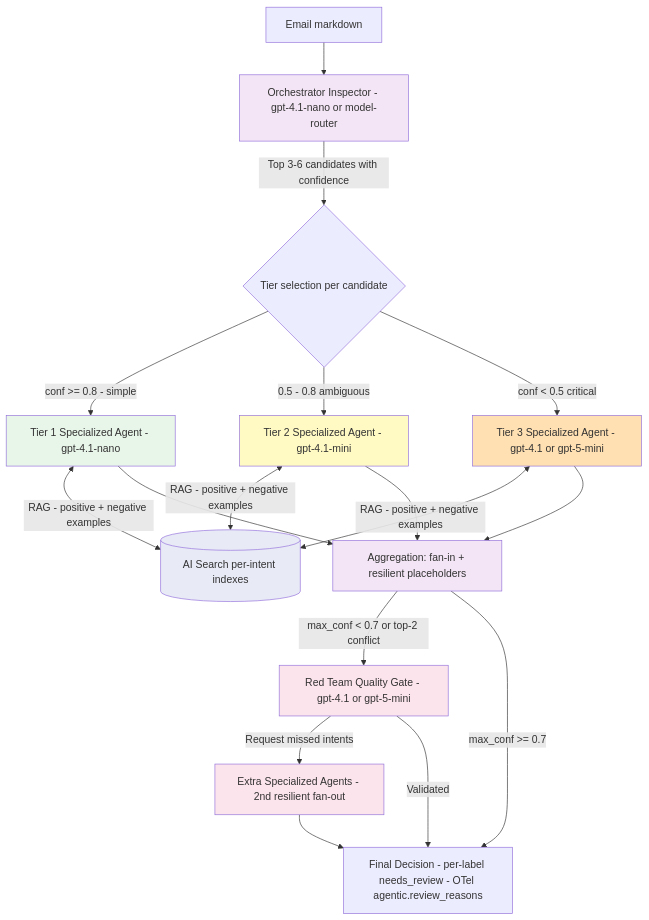
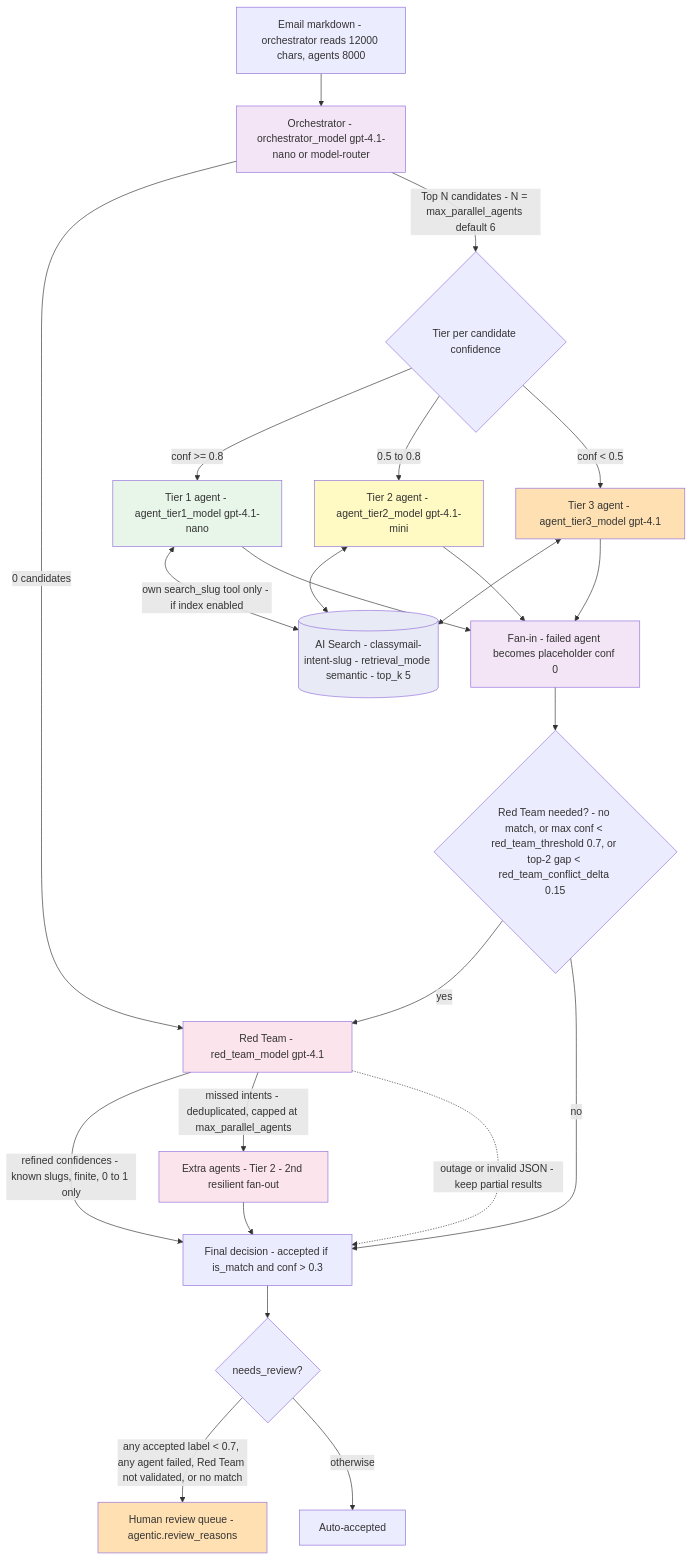
One commit to olivMertens/ClassyMail changed the first of 2 diagrams in README.md. Above: the diagram before and after it, drawn with Mermaid. The commit also changed other lines of this file, not shown here.

Commit message:
docs(readme): align agentic workflow diagram and settings with code defaults

````diff
--- a/README.md
+++ b/README.md
@@ -67,28 +67,35 @@
 ```mermaid
 flowchart TD
-    Email[Email markdown] --> Orch["Orchestrator Inspector - gpt-4.1-nano or model-router"]
-    Orch -->|"Top 3-6 candidates with confidence"| Tier{Tier selection per candidate}
-    Tier -->|"conf >= 0.8 - simple"| T1["Tier 1 Specialized Agent - gpt-4.1-nano"]
-    Tier -->|"0.5 - 0.8 ambiguous"| T2["Tier 2 Specialized Agent - gpt-4.1-mini"]
-    Tier -->|"conf < 0.5 critical"| T3["Tier 3 Specialized Agent - gpt-4.1 or gpt-5-mini"]
-    T1 <-->|"RAG - positive + negative examples"| AIS[("AI Search per-intent indexes")]
-    T2 <-->|"RAG - positive + negative examples"| AIS
-    T3 <-->|"RAG - positive + negative examples"| AIS
-    T1 --> Agg["Aggregation: fan-in + resilient placeholders"]
+    Email["Email markdown - orchestrator reads 12000 chars, agents 8000"] --> Orch["Orchestrator - orchestrator_model gpt-4.1-nano or model-router"]
+    Orch -->|"0 candidates"| RT
+    Orch -->|"Top N candidates - N = max_parallel_agents default 6"| Tier{"Tier per candidate confidence"}
+    Tier -->|"conf >= 0.8"| T1["Tier 1 agent - agent_tier1_model gpt-4.1-nano"]
+    Tier -->|"0.5 to 0.8"| T2["Tier 2 agent - agent_tier2_model gpt-4.1-mini"]
+    Tier -->|"conf < 0.5"| T3["Tier 3 agent - agent_tier3_model gpt-4.1"]
+    T1 <-->|"own search_slug tool only - if index enabled"| AIS[("AI Search - classymail-intent-slug - retrieval_mode semantic - top_k 5")]
+    T2 <--> AIS
+    T3 <--> AIS
+    T1 --> Agg["Fan-in - failed agent becomes placeholder conf 0"]
     T2 --> Agg
     T3 --> Agg
-    Agg -->|"max_conf < 0.7 or top-2 conflict"| RT["Red Team Quality Gate - gpt-4.1 or gpt-5-mini"]
-    RT -->|"Request missed intents"| Extra["Extra Specialized Agents - 2nd resilient fan-out"]
-    Extra --> Final["Final Decision - per-label needs_review - OTel agentic.review_reasons"]
-    Agg -->|"max_conf >= 0.7"| Final
-    RT -->|"Validated"| Final
+    Agg --> Gate{"Red Team needed? - no match, or max conf < red_team_threshold 0.7, or top-2 gap < red_team_conflict_delta 0.15"}
+    Gate -->|"yes"| RT["Red Team - red_team_model gpt-4.1"]
+    Gate -->|"no"| Final
+    RT -->|"refined confidences - known slugs, finite, 0 to 1 only"| Final
+    RT -->|"missed intents - deduplicated, capped at max_parallel_agents"| Extra["Extra agents - Tier 2 - 2nd resilient fan-out"]
+    RT -.->|"outage or invalid JSON - keep partial results"| Final
+    Extra --> Final["Final decision - accepted if is_match and conf > 0.3"]
+    Final --> Review{"needs_review?"}
+    Review -->|"any accepted label < 0.7, any agent failed, Red Team not validated, or no match"| Human["Human review queue - agentic.review_reasons"]
+    Review -->|"otherwise"| Auto["Auto-accepted"]
 
     style Orch fill:#f3e5f5
     style T1 fill:#e8f5e9
     style T2 fill:#fff9c4
     style T3 fill:#ffe0b2
     style Agg fill:#f3e5f5
     style RT fill:#fce4ec
     style Extra fill:#fce4ec
     style AIS fill:#e8eaf6
+    style Human fill:#ffe0b2
 ```
````
